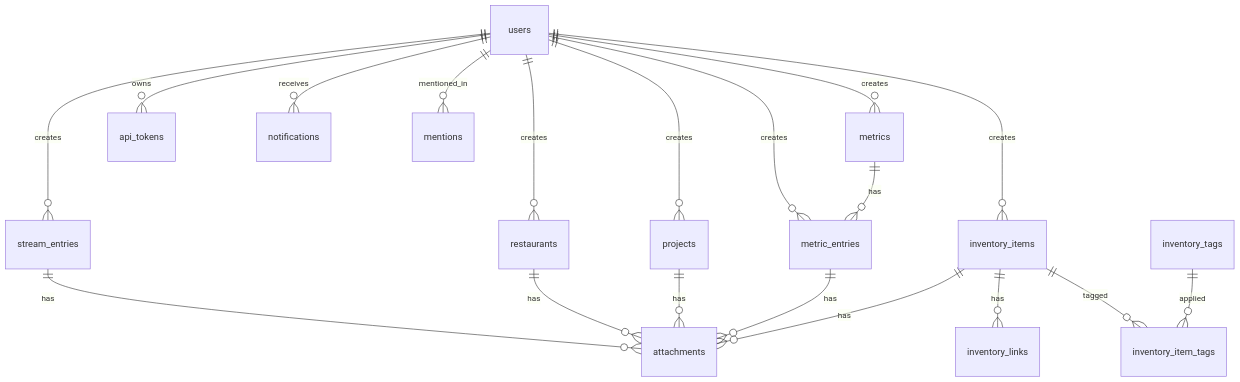
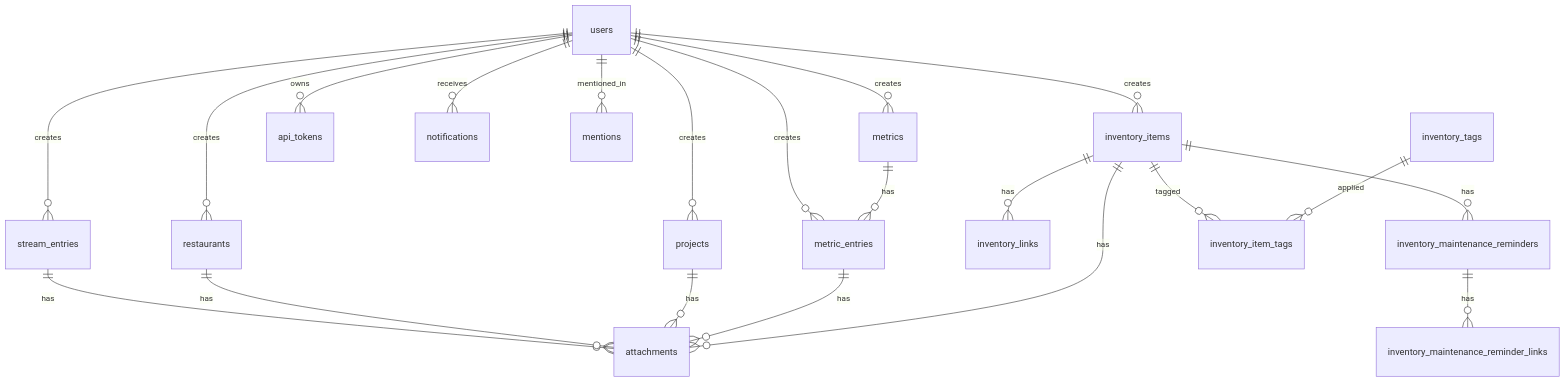
The diagram in docs/design/03_schema.md (csubj/hearth), drawn with Mermaid before and after one commit. The commit also changed other lines of this file and 48 other files, not shown here.

First line of the commit message:
feat: introduce inventory maintenance reminders and enhance metrics with user-specific notifications

````diff
--- a/docs/design/03_schema.md
+++ b/docs/design/03_schema.md
@@ -323,21 +360,23 @@
 ```mermaid
 erDiagram
   users ||--o{ stream_entries : creates
   users ||--o{ restaurants : creates
   users ||--o{ projects : creates
   users ||--o{ metrics : creates
   users ||--o{ metric_entries : creates
   users ||--o{ inventory_items : creates
   users ||--o{ api_tokens : owns
   users ||--o{ notifications : receives
   users ||--o{ mentions : mentioned_in
   metrics ||--o{ metric_entries : has
   inventory_items ||--o{ inventory_links : has
+  inventory_items ||--o{ inventory_maintenance_reminders : has
+  inventory_maintenance_reminders ||--o{ inventory_maintenance_reminder_links : has
   inventory_items ||--o{ inventory_item_tags : tagged
   inventory_tags ||--o{ inventory_item_tags : applied
   stream_entries ||--o{ attachments : has
   restaurants ||--o{ attachments : has
   projects ||--o{ attachments : has
   metric_entries ||--o{ attachments : has
   inventory_items ||--o{ attachments : has
 ```
````
